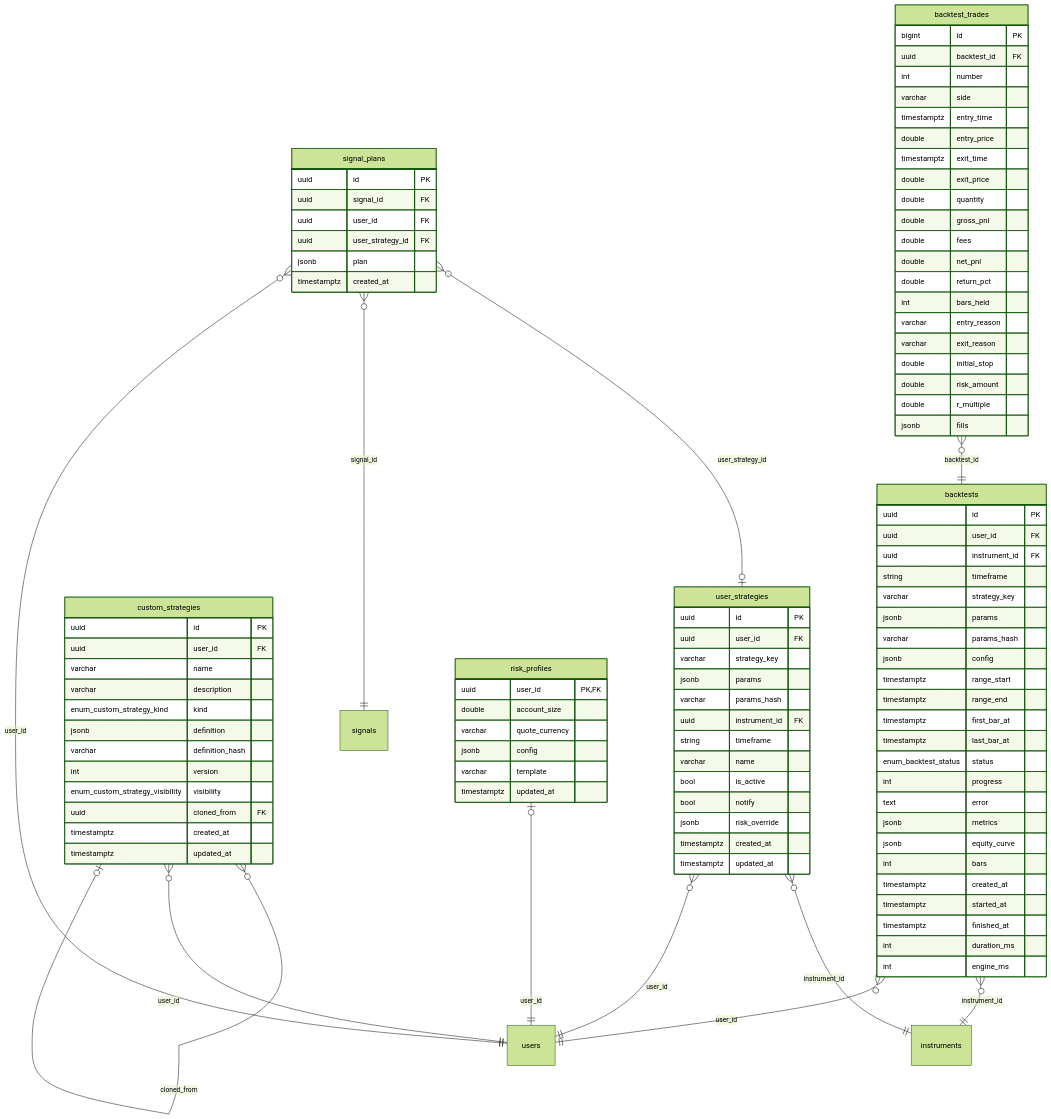
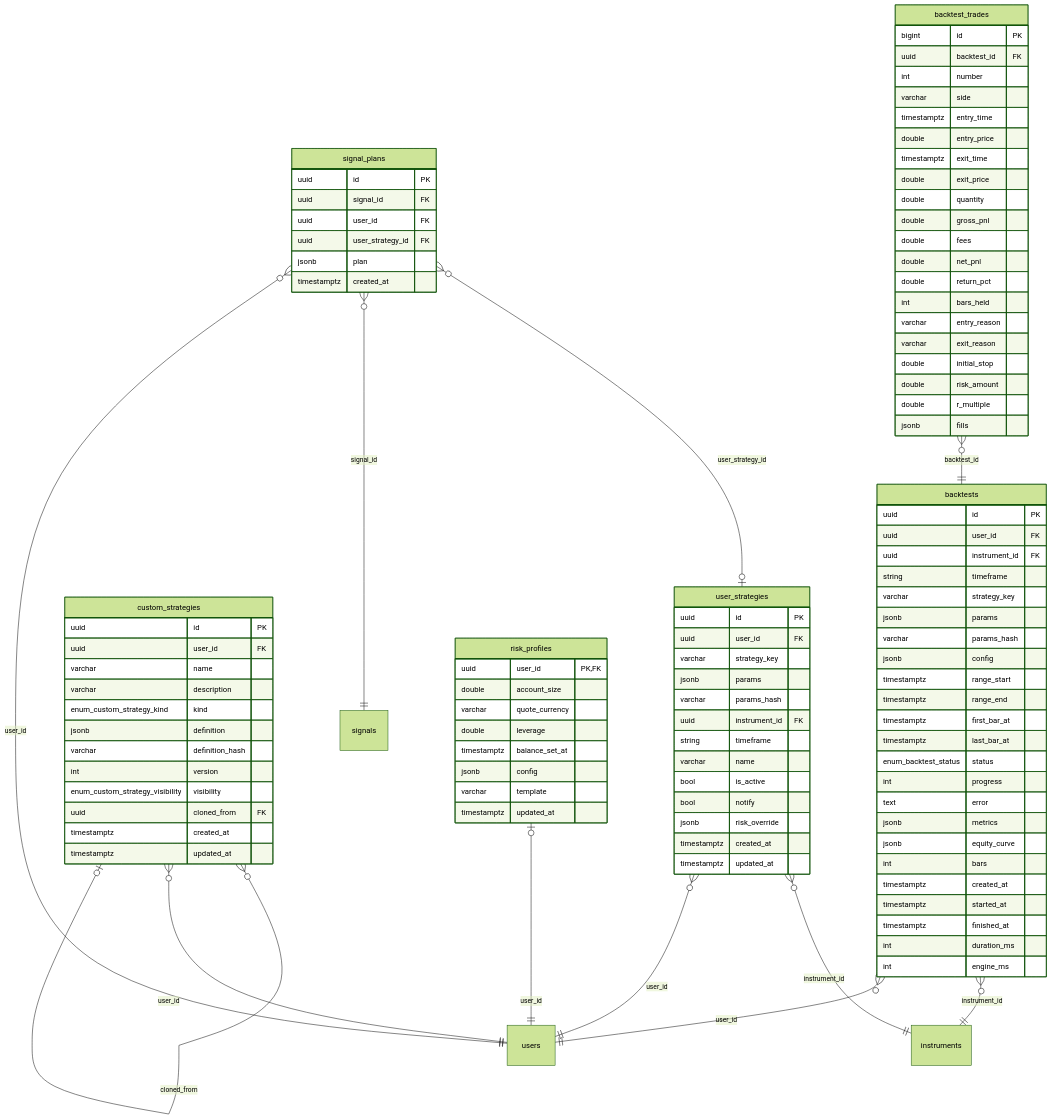
The diagram in docs/erd/mmd/strategies.mmd (yazan-alsamman/ai-trading-analysis-system), drawn with Mermaid (forest theme) before and after one commit. The commit also changed 16 other files, not shown here.

```diff
--- a/docs/erd/mmd/strategies.mmd
+++ b/docs/erd/mmd/strategies.mmd
@@ -1,107 +1,109 @@
 erDiagram
     user_strategies {
         uuid id PK
         uuid user_id FK
         varchar strategy_key
         jsonb params
         varchar params_hash
         uuid instrument_id FK
         string timeframe
         varchar name
         bool is_active
         bool notify
         jsonb risk_override
         timestamptz created_at
         timestamptz updated_at
     }
     custom_strategies {
         uuid id PK
         uuid user_id FK
         varchar name
         varchar description
         enum_custom_strategy_kind kind
         jsonb definition
         varchar definition_hash
         int version
         enum_custom_strategy_visibility visibility
         uuid cloned_from FK
         timestamptz created_at
         timestamptz updated_at
     }
     backtests {
         uuid id PK
         uuid user_id FK
         uuid instrument_id FK
         string timeframe
         varchar strategy_key
         jsonb params
         varchar params_hash
         jsonb config
         timestamptz range_start
         timestamptz range_end
         timestamptz first_bar_at
         timestamptz last_bar_at
         enum_backtest_status status
         int progress
         text error
         jsonb metrics
         jsonb equity_curve
         int bars
         timestamptz created_at
         timestamptz started_at
         timestamptz finished_at
         int duration_ms
         int engine_ms
     }
     backtest_trades {
         bigint id PK
         uuid backtest_id FK
         int number
         varchar side
         timestamptz entry_time
         double entry_price
         timestamptz exit_time
         double exit_price
         double quantity
         double gross_pnl
         double fees
         double net_pnl
         double return_pct
         int bars_held
         varchar entry_reason
         varchar exit_reason
         double initial_stop
         double risk_amount
         double r_multiple
         jsonb fills
     }
     risk_profiles {
         uuid user_id PK, FK
         double account_size
         varchar quote_currency
+        double leverage
+        timestamptz balance_set_at
         jsonb config
         varchar template
         timestamptz updated_at
     }
     signal_plans {
         uuid id PK
         uuid signal_id FK
         uuid user_id FK
         uuid user_strategy_id FK
         jsonb plan
         timestamptz created_at
     }
     instruments
     users
     signals
     backtest_trades }o--|| backtests : "backtest_id"
     backtests }o--|| instruments : "instrument_id"
     backtests }o--|| users : "user_id"
     custom_strategies }o--o| custom_strategies : "cloned_from"
     custom_strategies }o--|| users : "user_id"
     risk_profiles |o--|| users : "user_id"
     signal_plans }o--o| user_strategies : "user_strategy_id"
     signal_plans }o--|| signals : "signal_id"
     signal_plans }o--|| users : "user_id"
     user_strategies }o--|| instruments : "instrument_id"
     user_strategies }o--|| users : "user_id"
```
